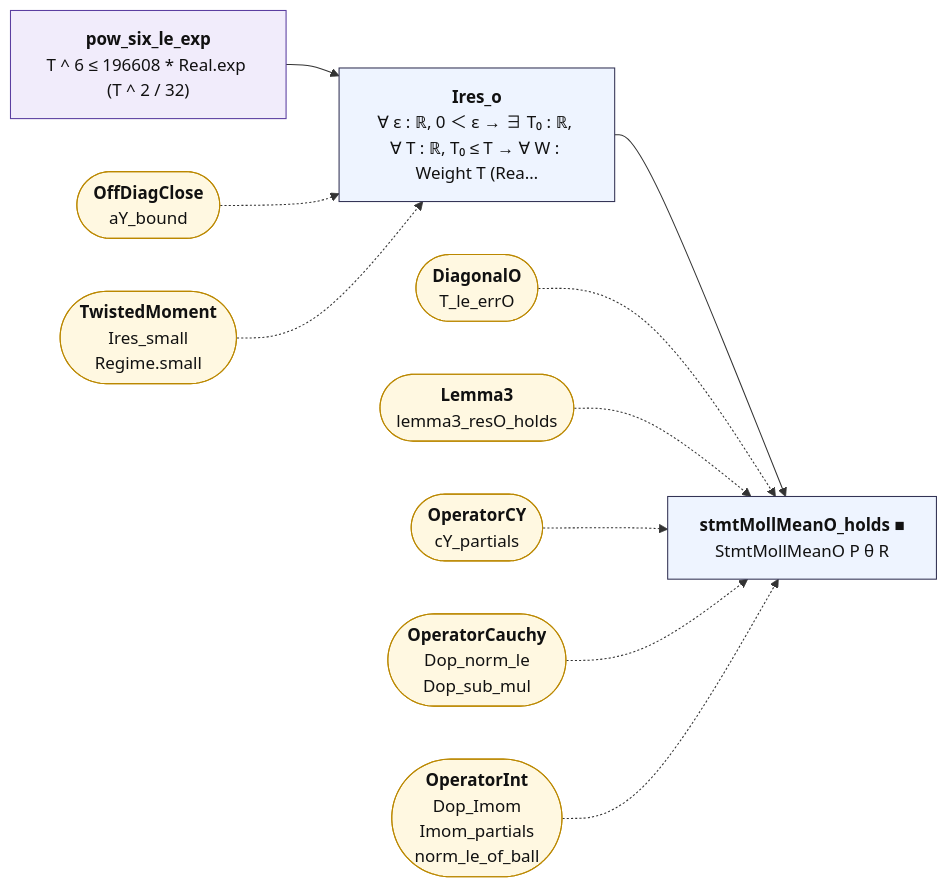
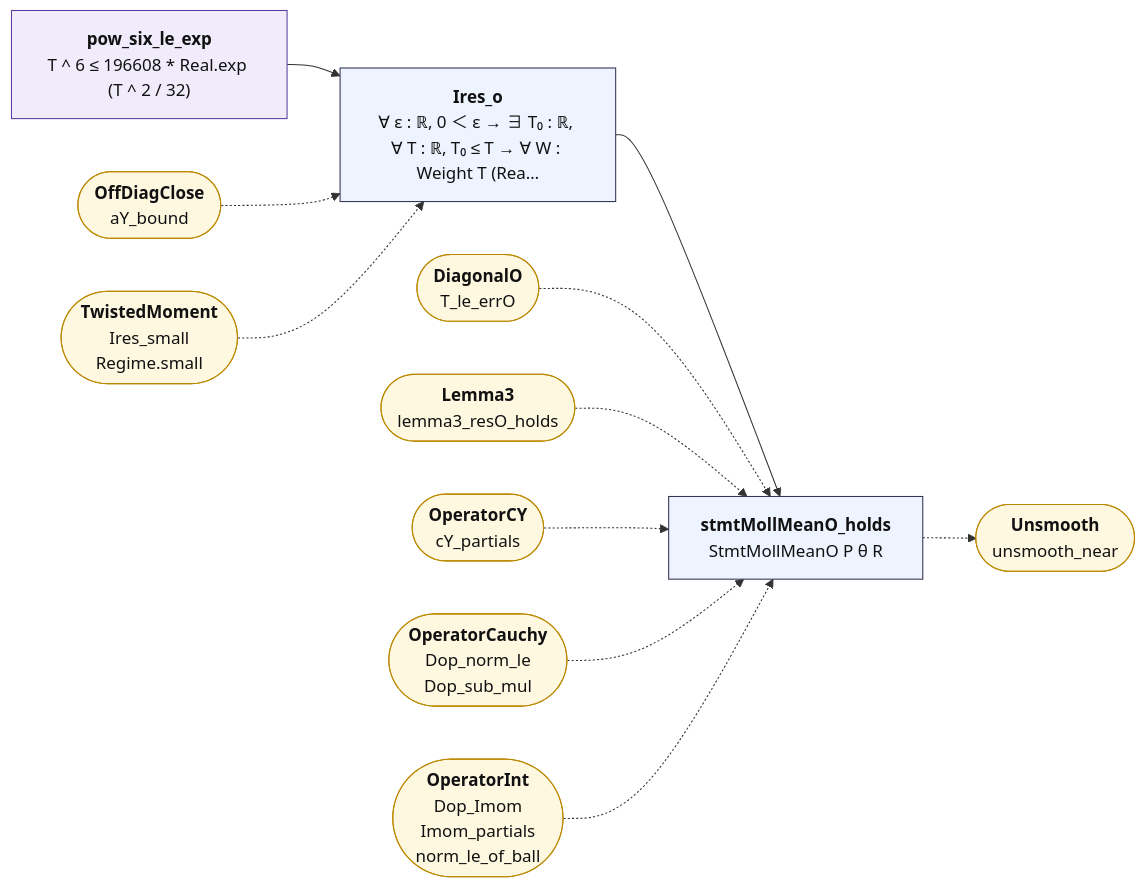
Before and after one commit to juliansambranojr/Primebeat_081426: the diagram in map/lean_stage3/Operator.md, drawn with Mermaid. The commit also changed other lines of this file and 36 other files, not shown here.

````diff
--- a/map/lean_stage3/Operator.md
+++ b/map/lean_stage3/Operator.md
@@ -14,30 +14,32 @@
 ```mermaid
 flowchart LR
   n0["<b>pow_six_le_exp</b><br/>T ^ 6 ≤ 196608 * Real.exp (T ^ 2 / 32)"]:::shp
   n1["<b>Ires_o</b><br/>∀ ε : ℝ, 0 ＜ ε → ∃ T₀ : ℝ, ∀ T : ℝ, T₀ ≤ T → ∀ W : Weight T (Rea…"]:::thm
-  n2["<b>stmtMollMeanO_holds ■</b><br/>StmtMollMeanO P θ R"]:::thm
+  n2["<b>stmtMollMeanO_holds</b><br/>StmtMollMeanO P θ R"]:::thm
   x0(["<b>OffDiagClose</b><br/>aY_bound"]):::ext
   x1(["<b>TwistedMoment</b><br/>Ires_small<br/>Regime.small"]):::ext
   x2(["<b>DiagonalO</b><br/>T_le_errO"]):::ext
   x3(["<b>Lemma3</b><br/>lemma3_resO_holds"]):::ext
   x4(["<b>OperatorCY</b><br/>cY_partials"]):::ext
   x5(["<b>OperatorCauchy</b><br/>Dop_norm_le<br/>Dop_sub_mul"]):::ext
   x6(["<b>OperatorInt</b><br/>Dop_Imom<br/>Imom_partials<br/>norm_le_of_ball"]):::ext
+  x7(["<b>Unsmooth</b><br/>unsmooth_near"]):::ext
   n0 --> n1
   n1 --> n2
+  n2 -.-> x7
   x0 -.-> n1
   x1 -.-> n1
   x2 -.-> n2
   x3 -.-> n2
   x4 -.-> n2
   x5 -.-> n2
   x6 -.-> n2
   classDef cnt fill:#dff5ec,stroke:#17694a,color:#111
   classDef shp fill:#f1ecfb,stroke:#5b3fa0,color:#111
   classDef rh fill:#ffe5e5,stroke:#c22,color:#111,stroke-width:2px
   classDef thm fill:#eef4ff,stroke:#335,color:#111
   classDef end_ fill:#e7f7e7,stroke:#2a7,color:#111,stroke-width:2px
   classDef lone fill:#fff,stroke:#999,color:#111,stroke-dasharray:4 3
   classDef bad fill:#ffe5e5,stroke:#c22,color:#111,stroke-width:2px
   classDef ext fill:#fff8e1,stroke:#b80,color:#111
 ```
````
